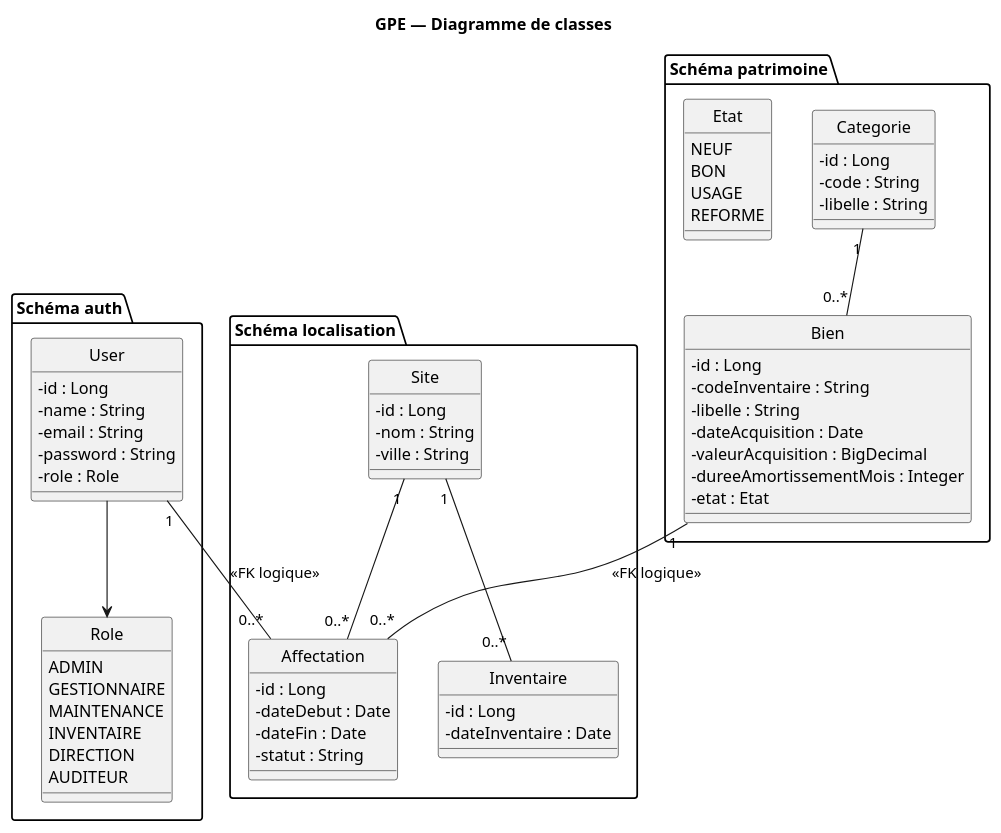
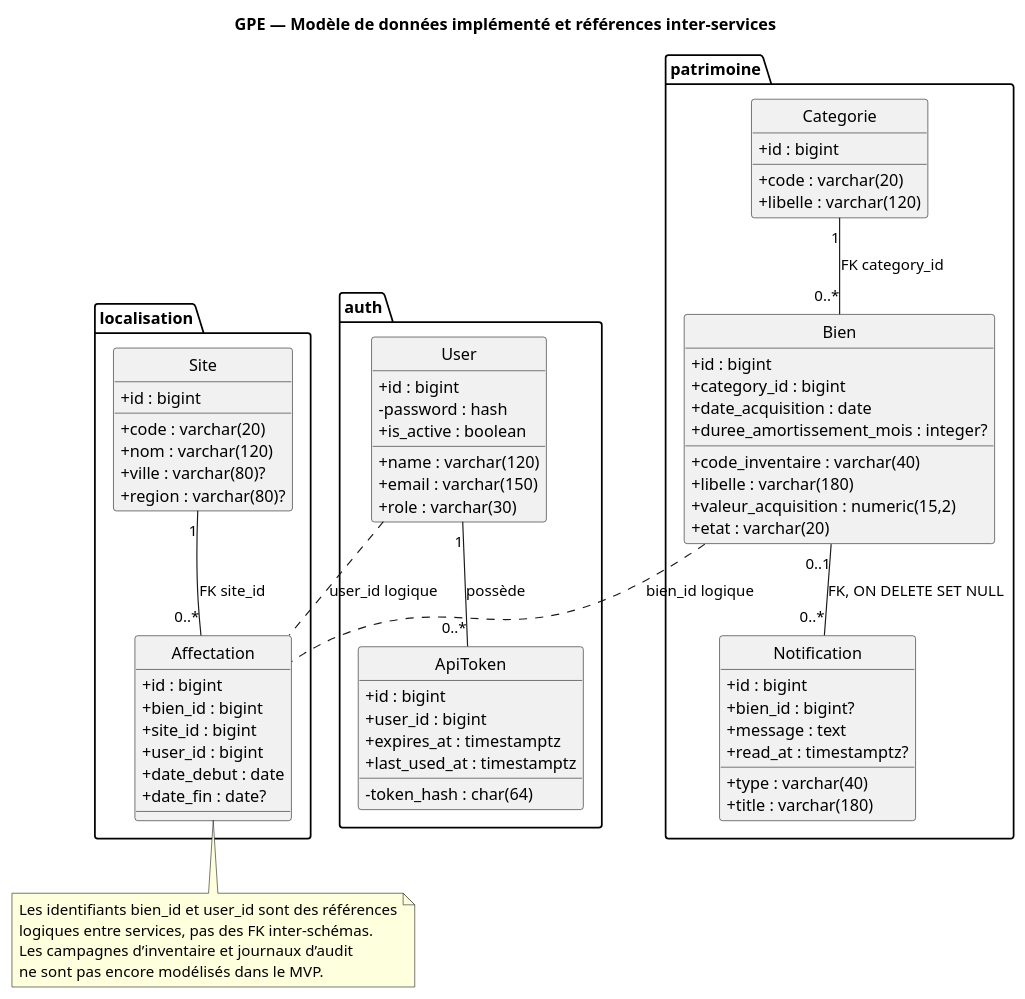
The diagram in docs/uml/02-classes.puml (goliamelerolande-lab/gestion-patrimoine-etat), drawn with PlantUML before and after one commit. The commit also changed 14 other files, not shown here.

```diff
--- a/docs/uml/02-classes.puml
+++ b/docs/uml/02-classes.puml
@@ -1,71 +1,80 @@
 @startuml
 skinparam classAttributeIconSize 0
 hide circle
-title GPE — Diagramme de classes
+title GPE — Modèle de données implémenté et références inter-services
 
-package "Schéma auth" {
+package "auth" {
   class User {
-    - id : Long
-    - name : String
-    - email : String
-    - password : String
-    - role : Role
+    +id : bigint
+    +name : varchar(120)
+    +email : varchar(150)
+    -password : hash
+    +role : varchar(30)
+    +is_active : boolean
   }
-  enum Role {
-    ADMIN
-    GESTIONNAIRE
-    MAINTENANCE
-    INVENTAIRE
-    DIRECTION
-    AUDITEUR
+  class ApiToken {
+    +id : bigint
+    +user_id : bigint
+    -token_hash : char(64)
+    +expires_at : timestamptz
+    +last_used_at : timestamptz
   }
+  User "1" -- "0..*" ApiToken : possède
 }
 
-package "Schéma patrimoine" {
+package "patrimoine" {
   class Categorie {
-    - id : Long
-    - code : String
-    - libelle : String
+    +id : bigint
+    +code : varchar(20)
+    +libelle : varchar(120)
   }
   class Bien {
-    - id : Long
-    - codeInventaire : String
-    - libelle : String
-    - dateAcquisition : Date
-    - valeurAcquisition : BigDecimal
-    - dureeAmortissementMois : Integer
-    - etat : Etat
+    +id : bigint
+    +code_inventaire : varchar(40)
+    +libelle : varchar(180)
+    +category_id : bigint
+    +date_acquisition : date
+    +valeur_acquisition : numeric(15,2)
+    +duree_amortissement_mois : integer?
+    +etat : varchar(20)
   }
-  enum Etat {
-    NEUF
-    BON
-    USAGE
-    REFORME
+  class Notification {
+    +id : bigint
+    +bien_id : bigint?
+    +type : varchar(40)
+    +title : varchar(180)
+    +message : text
+    +read_at : timestamptz?
   }
+  Categorie "1" -- "0..*" Bien : FK category_id
+  Bien "0..1" -- "0..*" Notification : FK, ON DELETE SET NULL
 }
 
-package "Schéma localisation" {
+package "localisation" {
   class Site {
-    - id : Long
-    - nom : String
-    - ville : String
+    +id : bigint
+    +code : varchar(20)
+    +nom : varchar(120)
+    +ville : varchar(80)?
+    +region : varchar(80)?
   }
   class Affectation {
-    - id : Long
-    - dateDebut : Date
-    - dateFin : Date
-    - statut : String
+    +id : bigint
+    +bien_id : bigint
+    +site_id : bigint
+    +user_id : bigint
+    +date_debut : date
+    +date_fin : date?
   }
-  class Inventaire {
-    - id : Long
-    - dateInventaire : Date
-  }
+  Site "1" -- "0..*" Affectation : FK site_id
 }
 
-User --> Role
-Categorie "1" -- "0..*" Bien
-Bien "1" -- "0..*" Affectation : <<FK logique>>
-Site "1" -- "0..*" Affectation
-Site "1" -- "0..*" Inventaire
-User "1" -- "0..*" Affectation : <<FK logique>>
+Bien .. Affectation : bien_id logique
+User .. Affectation : user_id logique
+note bottom of Affectation
+Les identifiants bien_id et user_id sont des références
+logiques entre services, pas des FK inter-schémas.
+Les campagnes d’inventaire et journaux d’audit
+ne sont pas encore modélisés dans le MVP.
+end note
 @enduml
```
